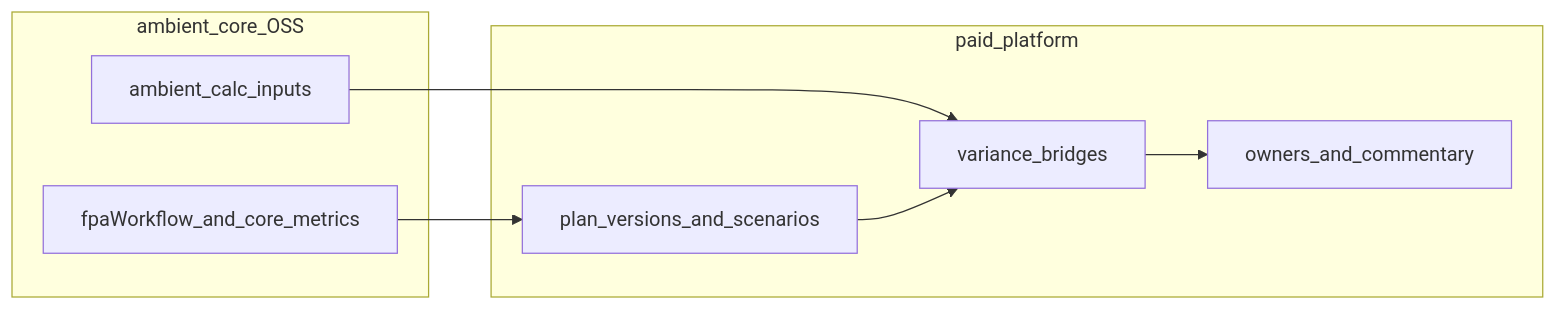
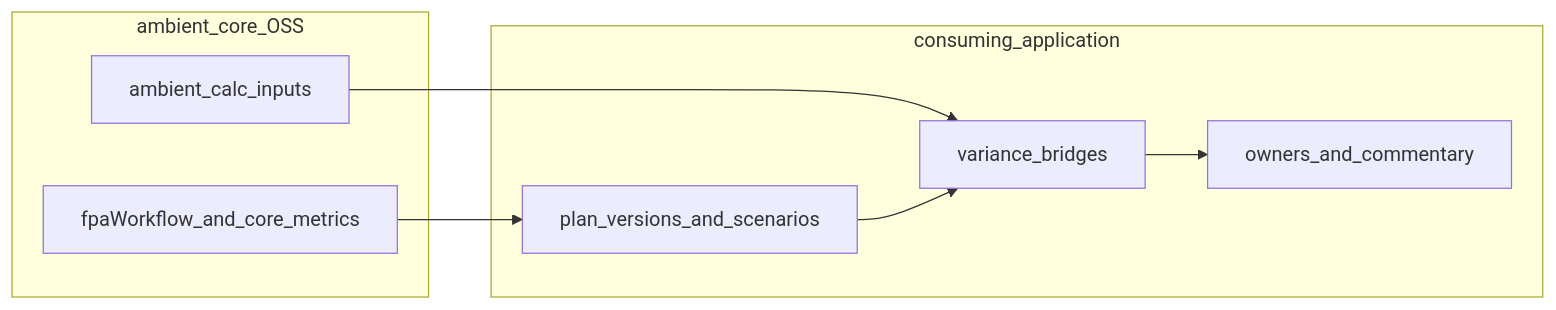
The diagram in docs/planning-variance-lifecycle.md (Ambient-Team/ambient-core), drawn with Mermaid before and after one commit. The commit also changed other lines of this file and 125 other files, not shown here.

````diff
--- a/docs/planning-variance-lifecycle.md
+++ b/docs/planning-variance-lifecycle.md
@@ -11,16 +11,16 @@
 ```mermaid
 flowchart LR
   subgraph core [ambient_core_OSS]
     Catalog[fpaWorkflow_and_core_metrics]
     Calc[ambient_calc_inputs]
   end
-  subgraph platform [paid_platform]
+  subgraph app [consuming_application]
     Plans[plan_versions_and_scenarios]
     Variance[variance_bridges]
     Accountability[owners_and_commentary]
   end
   Catalog --> Plans
   Calc --> Variance
   Plans --> Variance
   Variance --> Accountability
 ```
````
